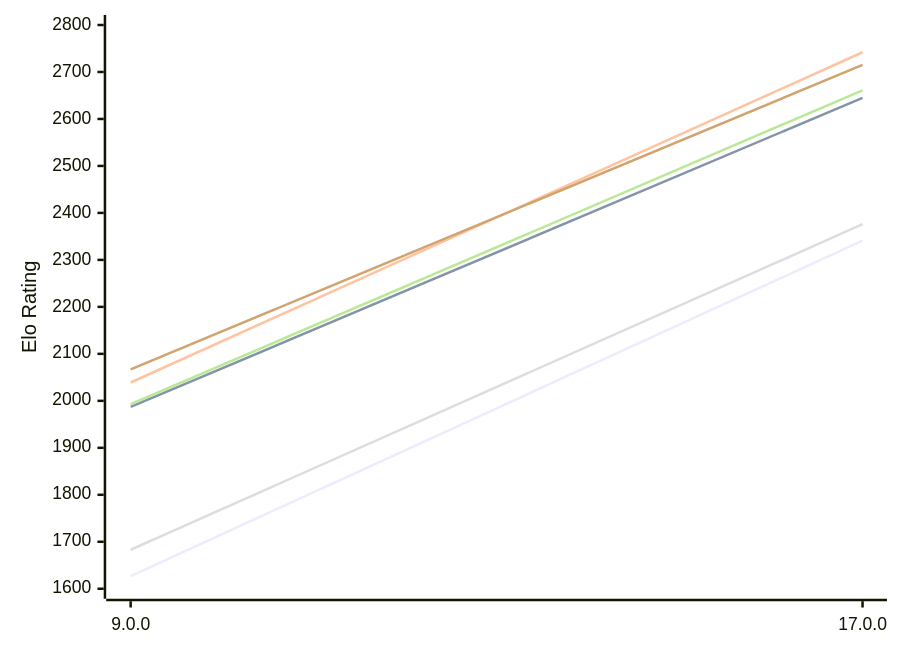
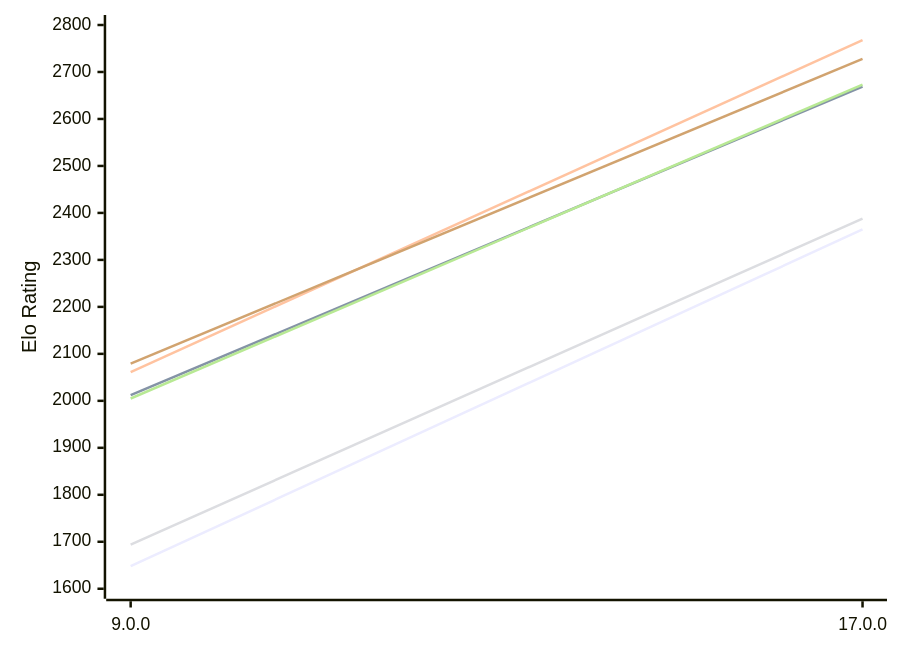
Before and after one commit to computer-chess-index/cci: the first of 2 diagrams in engines/Cepimetheus.md, drawn with Mermaid. The commit also changed other lines of this file, not shown here.

Commit message:
Update CCI Ratings (ELO VLTC) - 2026-10-24

````diff
--- a/engines/Cepimetheus.md
+++ b/engines/Cepimetheus.md
@@ -62,12 +62,12 @@
 ```mermaid
 %%{init: {"theme":"base","themeVariables":{"seriesColors:['#a3a3a3','#222221','#faa371']}}}%%
 xychart-beta
   x-axis ["9.0.0", "17.0.0"]
   y-axis "Elo Rating" 1600 --> 2800
-  line "E1: STC (8.0+0.08s)" [1627, 2341]
-  line "E1: LTC (60.0+0.60s)" [1987, 2645]
-  line "E1: VLTC (2m24s+1.12s)" [2039, 2742]
-  line "P1: STC (8.0+0.08s)" [1683, 2376]
-  line "P1: LTC (60.0+0.60s)" [1993, 2661]
-  line "P1: VLTC (2m24s+1.12s)" [2067, 2715]
+  line "E1: STC (8.0+0.08s)" [1648, 2365]
+  line "E1: LTC (60.0+0.60s)" [2012, 2669]
+  line "E1: VLTC (2m24s+1.12s)" [2061, 2768]
+  line "P1: STC (8.0+0.08s)" [1694, 2388]
+  line "P1: LTC (60.0+0.60s)" [2005, 2673]
+  line "P1: VLTC (2m24s+1.12s)" [2079, 2728]
 ```
````
